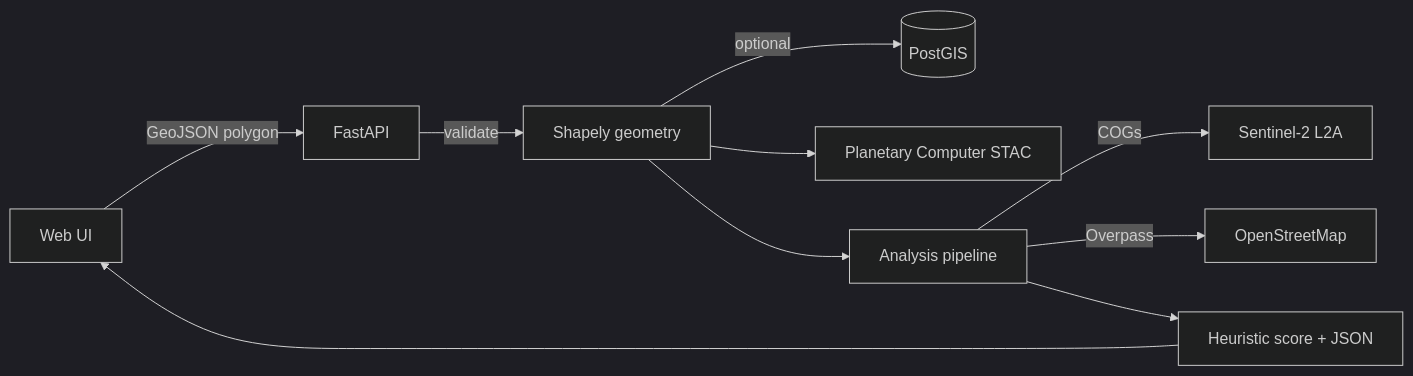
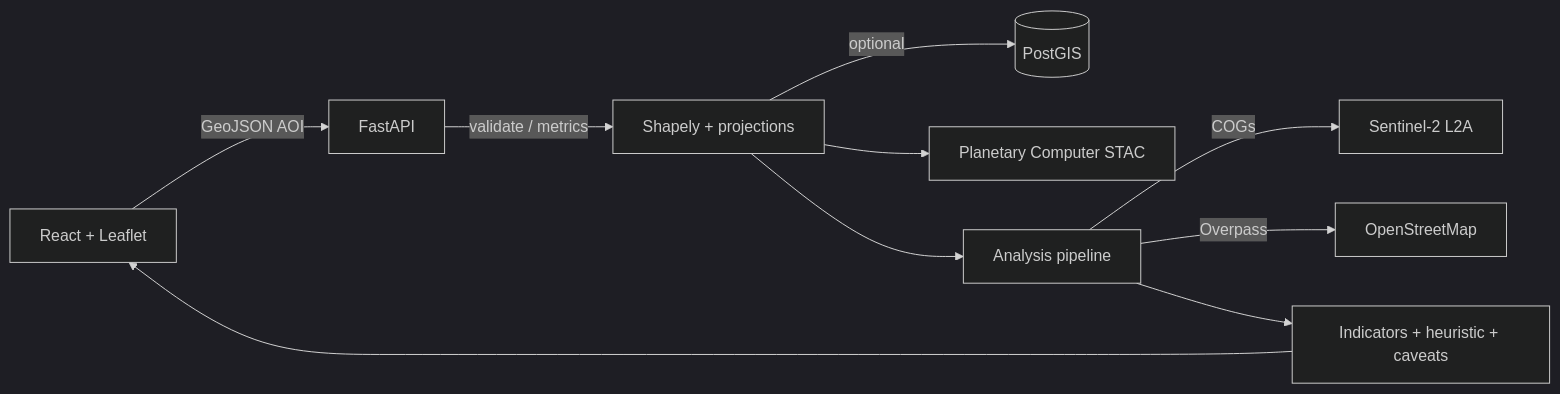
The diagram in README.md (HarshYadav1711/ClimateRisk-Sentinel), drawn with Mermaid (dark theme) before and after one commit. The commit also changed other lines of this file, not shown here.

````diff
--- a/README.md
+++ b/README.md
@@ -37,12 +28,12 @@
 ```mermaid
 flowchart LR
-  UI[Web UI] -->|GeoJSON polygon| API[FastAPI]
-  API -->|validate| G[Shapely geometry]
+  UI[React + Leaflet] -->|GeoJSON AOI| API[FastAPI]
+  API -->|validate / metrics| G[Shapely + projections]
   G -->|optional| DB[(PostGIS)]
   G --> STAC[Planetary Computer STAC]
-  G --> A[Analysis pipeline]
-  A -->|COGs| S2[Sentinel-2 L2A]
-  A -->|Overpass| OSM[OpenStreetMap]
-  A --> R[Heuristic score + JSON]
-  R --> UI
+  G --> P[Analysis pipeline]
+  P -->|COGs| S2[Sentinel-2 L2A]
+  P -->|Overpass| OSM[OpenStreetMap]
+  P --> Out[Indicators + heuristic + caveats]
+  Out --> UI
 ```
````
